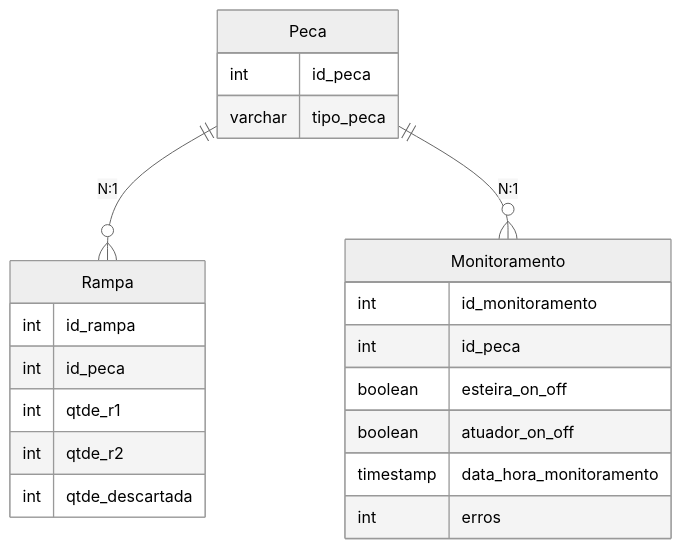
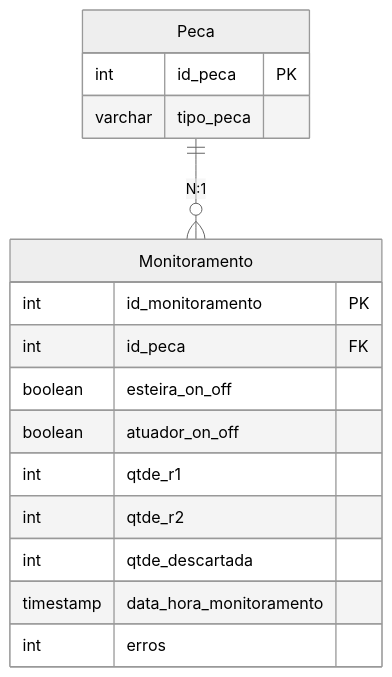
Before and after one commit to JulioFigueiredo/testediagrama: the diagram in diagramaER/diagram.md, drawn with Mermaid (neutral theme).

Commit message:
feat: update diagram

````diff
--- a/diagramaER/diagram.md
+++ b/diagramaER/diagram.md
@@ -1,27 +1,23 @@
 ```mermaid
 erDiagram
-   Rampa {
-     int id_rampa
-     int id_peca
-     int qtde_r1
-     int qtde_r2
-     int qtde_descartada
-   }
 
    Peca {
-     int id_peca
+     int id_peca PK
      varchar tipo_peca
    }
 
    Monitoramento {
-     int id_monitoramento
-     int id_peca
+     int id_monitoramento PK
+     int id_peca FK
      boolean esteira_on_off
      boolean atuador_on_off
+     int qtde_r1
+     int qtde_r2
+     int qtde_descartada
      timestamp data_hora_monitoramento
      int erros
    }
 
-   Peca ||--o{ Rampa : "N:1"
+   
    Peca ||--o{ Monitoramento : "N:1"
 ```
````
